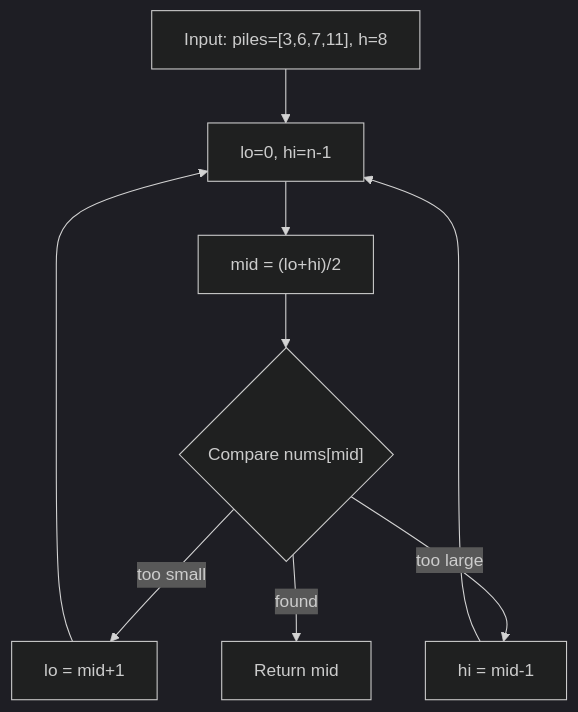
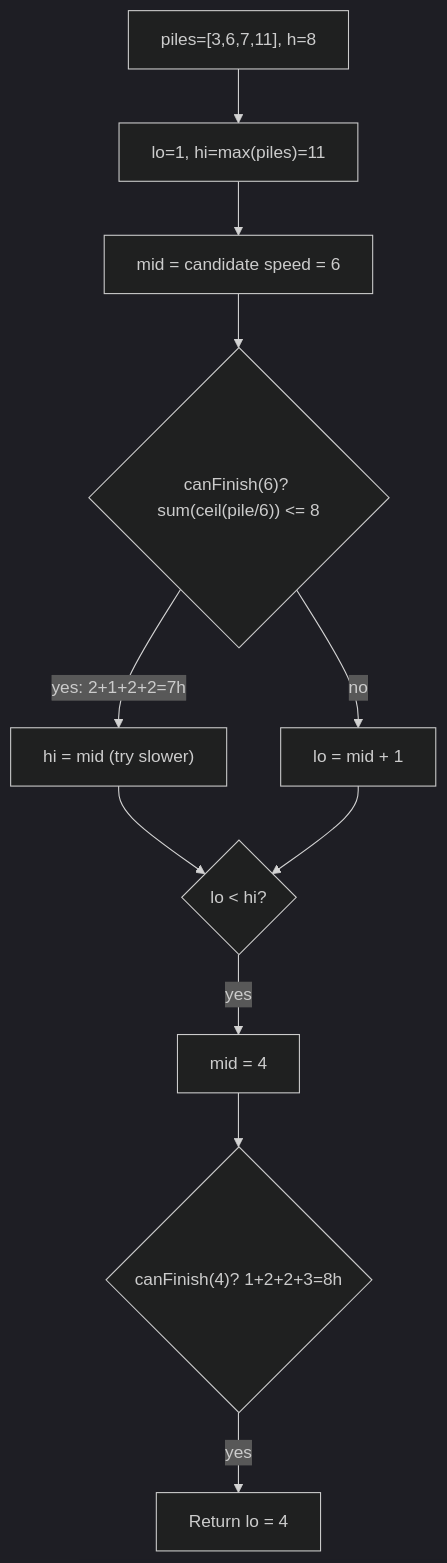
One commit to Strangedip/PREP changed the diagram in 02_DSA/03_Sorting_Searching/KokoEatingBananas/KokoEatingBananas.md. Above: the diagram before and after it, drawn with Mermaid (dark theme). The commit also changed other lines of this file and 55 other files, not shown here.

````diff
--- a/02_DSA/03_Sorting_Searching/KokoEatingBananas/KokoEatingBananas.md
+++ b/02_DSA/03_Sorting_Searching/KokoEatingBananas/KokoEatingBananas.md
@@ -40,12 +40,14 @@
 ```mermaid
 flowchart TD
-    START["Input: piles=[3,6,7,11], h=8"]
-    START --> BOUNDS["lo=0, hi=n-1"]
-    BOUNDS --> MID["mid = (lo+hi)/2"]
-    MID --> CMP{"Compare nums[mid]"}
-    CMP -->|too small| LO["lo = mid+1"]
-    CMP -->|too large| HI["hi = mid-1"]
-    CMP -->|found| DONE["Return mid"]
-    LO --> BOUNDS
-    HI --> BOUNDS
+    START["piles=[3,6,7,11], h=8"]
+    START --> BOUNDS["lo=1, hi=max(piles)=11"]
+    BOUNDS --> MID["mid = candidate speed = 6"]
+    MID --> FEAS{"canFinish(6)? sum(ceil(pile/6)) <= 8"}
+    FEAS -->|yes: 2+1+2+2=7h| HI["hi = mid (try slower)"]
+    FEAS -->|no| LO["lo = mid + 1"]
+    HI --> CHECK{"lo < hi?"}
+    LO --> CHECK
+    CHECK -->|yes| MID2["mid = 4"]
+    MID2 --> FEAS2{"canFinish(4)? 1+2+2+3=8h"}
+    FEAS2 -->|yes| DONE["Return lo = 4"]
 ```
````
